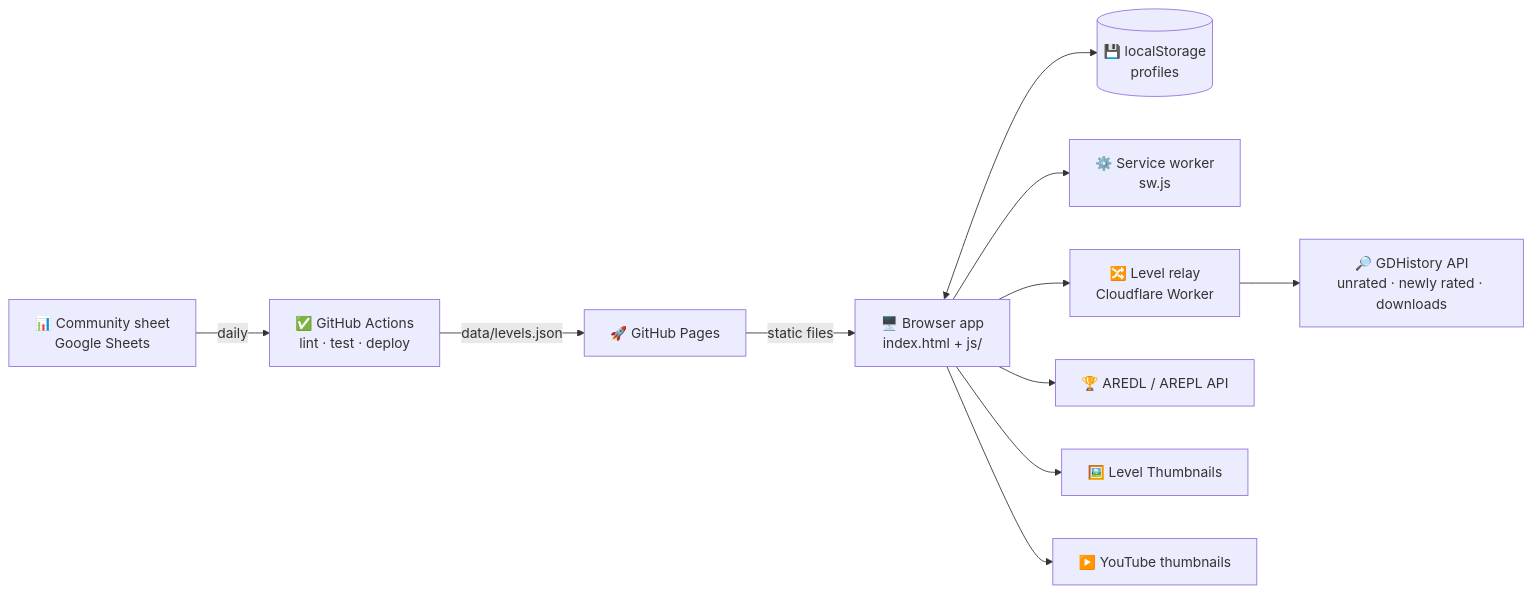
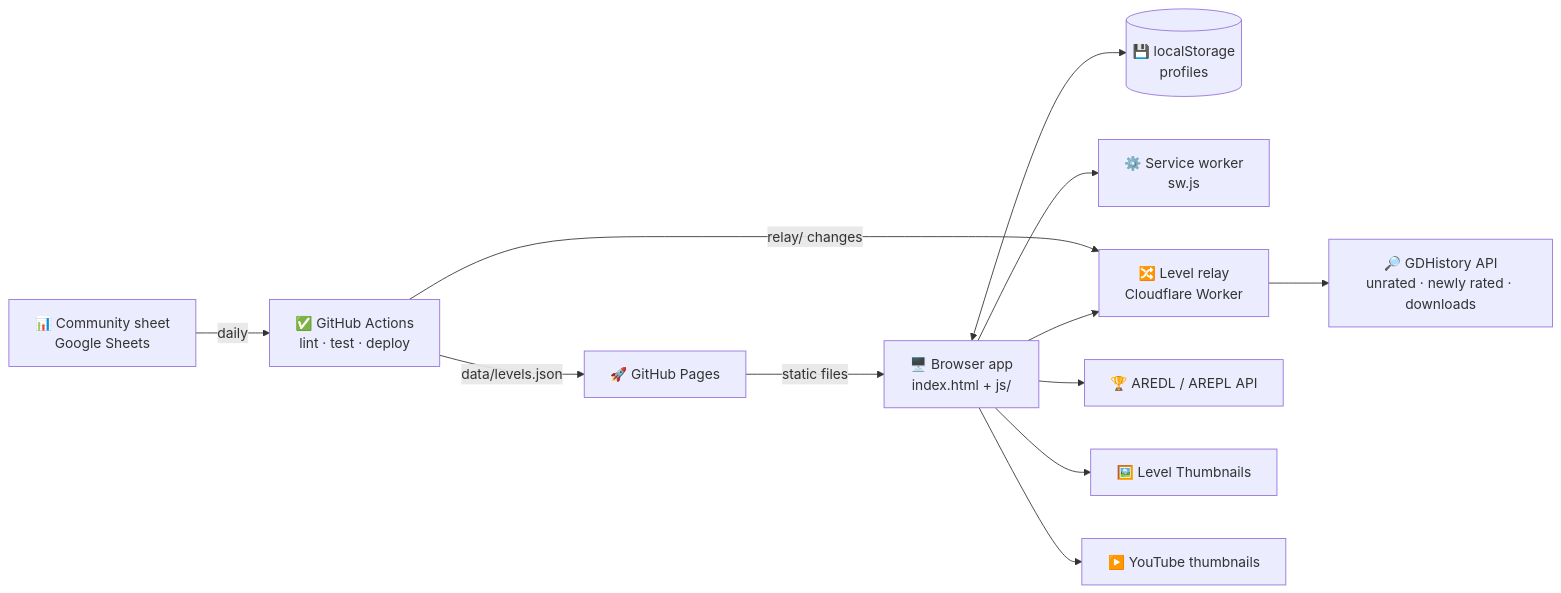
One commit to Wal-014/Personal-Progress-List changed the diagram in README.md. Above: the diagram before and after it, drawn with Mermaid. The commit also changed other lines of this file and 6 other files, not shown here.

````diff
--- a/README.md
+++ b/README.md
@@ -41,13 +41,14 @@
 ```mermaid
 flowchart LR
     GS["📊 Community sheet<br/>Google Sheets"] -->|daily| CI
     CI["✅ GitHub Actions<br/>lint · test · deploy"] -->|data/levels.json| GH
     GH["🚀 GitHub Pages"] -->|static files| B["🖥️ Browser app<br/>index.html + js/"]
     B <--> LS[("💾 localStorage<br/>profiles")]
     B --> SW["⚙️ Service worker<br/>sw.js"]
+    CI -->|relay/ changes| R
     B --> R["🔀 Level relay<br/>Cloudflare Worker"]
     R --> G["🔎 GDHistory API<br/>unrated · newly rated · downloads"]
     B --> A["🏆 AREDL / AREPL API"]
     B --> T["🖼️ Level Thumbnails"]
     B --> Y["▶️ YouTube thumbnails"]
 ```
````
